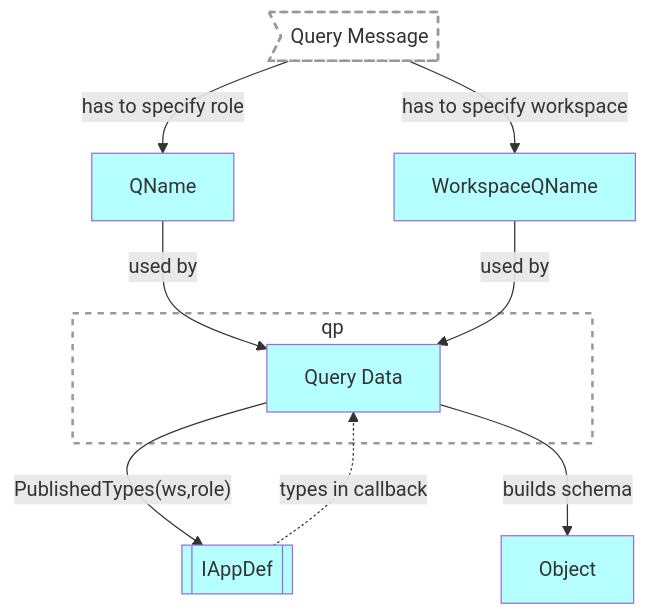
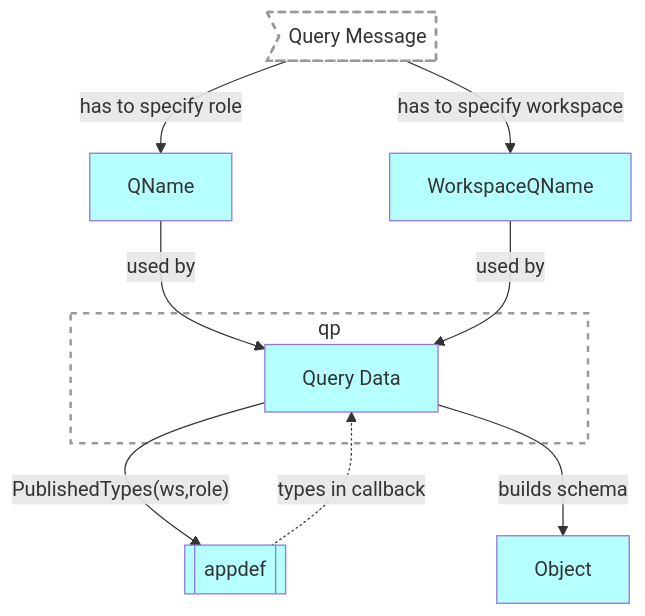
The diagram in server/apiv2/read-ws-role-schema.md (voedger/voedger-internals), drawn with Mermaid before and after one commit. The commit also changed other lines of this file, not shown here.

Commit message:
refactor read-ws-role-schema documentation and update PublishedTypeCallback for improved clarity and functionality

````diff
--- a/server/apiv2/read-ws-role-schema.md
+++ b/server/apiv2/read-ws-role-schema.md
@@ -22,25 +22,25 @@
 ```mermaid
 flowchart
 qpMessage>Query Message]:::G
 qp[Query Processor]:::G
 queryData[Query Data]:::S
-appdef[[IAppDef]]:::S
+appdef[[appdef]]:::S
 object[Object]:::S
 subgraph qp
     queryData[Query Data]:::S
 end
 qpMessage --> |has to specify role|QName:::S
 qpMessage --> |has to specify workspace|WorkspaceQName:::S
 QName --> |used by|queryData
 WorkspaceQName --> |used by|queryData
 queryData --> |"PublishedTypes(ws,role)"|appdef
 appdef -.-> |types in callback|queryData
 queryData --> |builds schema|object
 
 
 %% Styles ====================
 classDef B fill:#FFFFB5,color:#333
 classDef S fill:#B5FFFF,color:#333
 classDef H fill:#C9E7B7,color:#333
 classDef G fill:#ffffff15, stroke:#999, stroke-width:2px, stroke-dasharray: 5 5
 ```
````
